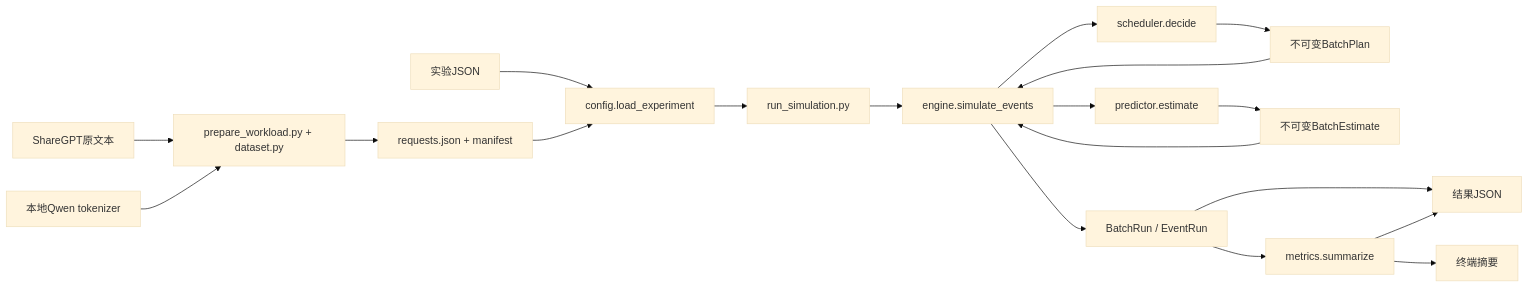
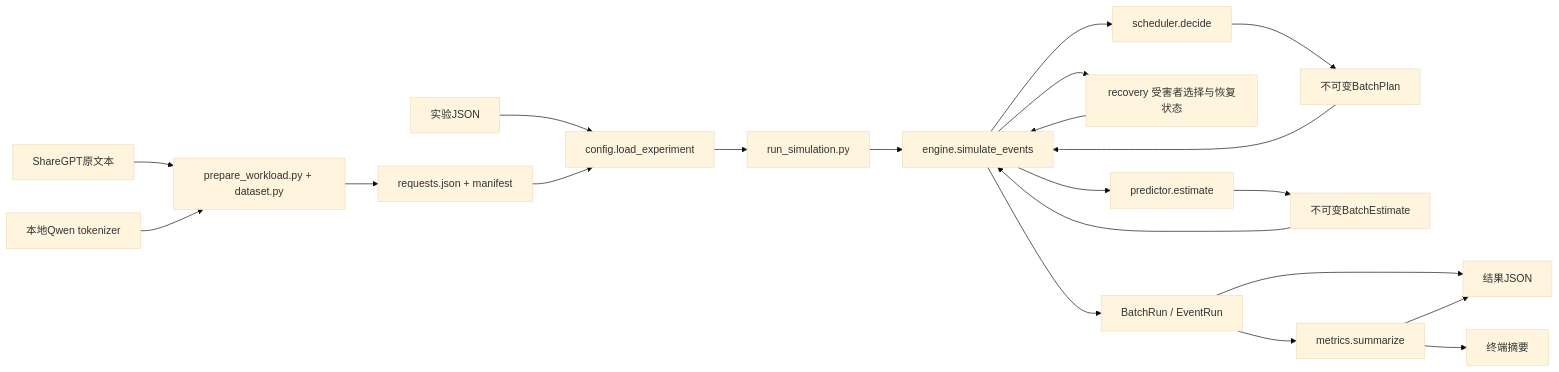
Before and after one commit to robin1hub/llm-serving-lab: the diagram in docs/ARCHITECTURE.md, drawn with Mermaid (base theme). The commit also changed other lines of this file and 16 other files, not shown here.

````diff
--- a/docs/ARCHITECTURE.md
+++ b/docs/ARCHITECTURE.md
@@ -7,21 +7,23 @@
 ```mermaid
 flowchart LR
     SRC[ShareGPT原文本] --> PREP[prepare_workload.py + dataset.py]
     TOK[本地Qwen tokenizer] --> PREP
     PREP --> W[requests.json + manifest]
     CFG[实验JSON] --> C[config.load_experiment]
     W --> C
     C --> R[run_simulation.py]
     R --> E[engine.simulate_events]
     E --> S[scheduler.decide]
     S --> P[不可变BatchPlan]
     P --> E
+    E --> RC[recovery 受害者选择与恢复状态]
+    RC --> E
     E --> PR[predictor.estimate]
     PR --> EST[不可变BatchEstimate]
     EST --> E
     E --> B[BatchRun / EventRun]
     B --> M[metrics.summarize]
     B --> O[结果JSON]
     M --> O
     M --> T[终端摘要]
 ```
````
